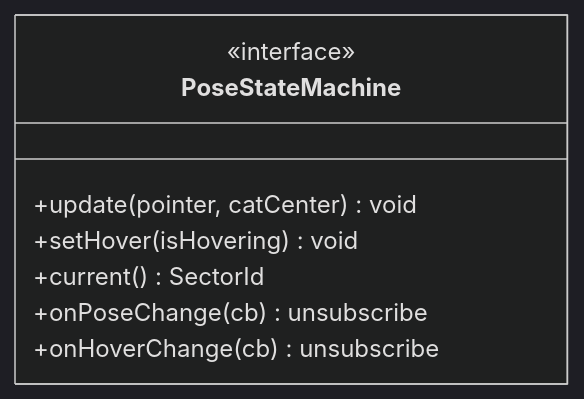
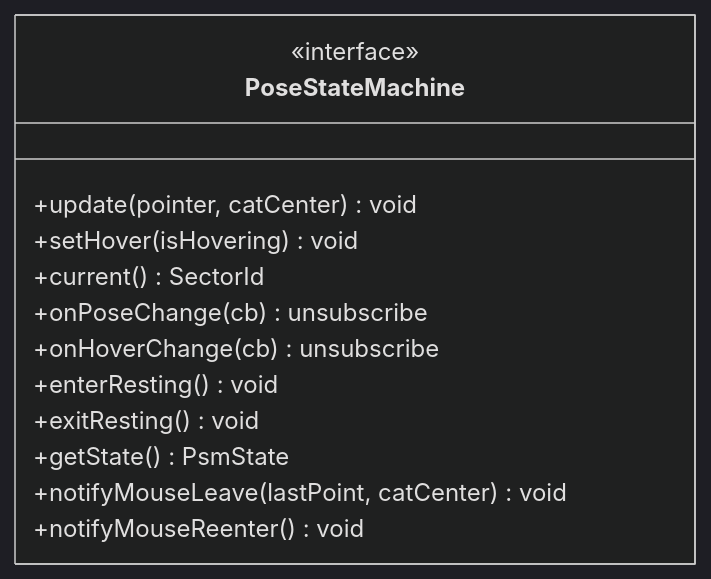
One commit to sher2018/cat_eyeing_mouse changed diagram 21 of 59 in doc/2.detailed_design_specification.md. Above: the diagram before and after it, drawn with Mermaid (dark theme). The commit also changed other lines of this file and 25 other files, not shown here.

````diff
--- a/doc/2.detailed_design_specification.md
+++ b/doc/2.detailed_design_specification.md
@@ -723,11 +779,16 @@
 ```mermaid
 classDiagram
     class PoseStateMachine {
         <<interface>>
         +update(pointer, catCenter) void
         +setHover(isHovering) void
         +current() SectorId
         +onPoseChange(cb) unsubscribe
         +onHoverChange(cb) unsubscribe
+        +enterResting() void
+        +exitResting() void
+        +getState() PsmState
+        +notifyMouseLeave(lastPoint, catCenter) void
+        +notifyMouseReenter() void
     }
 ```
````
